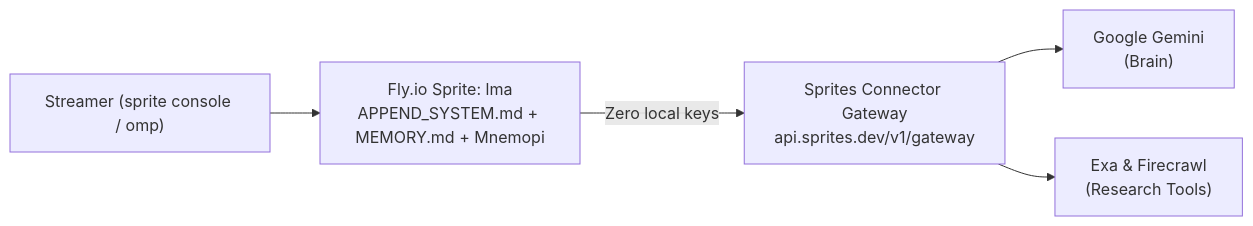
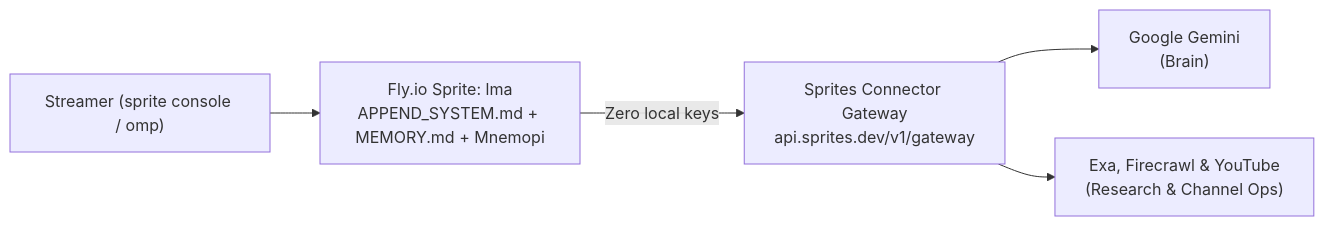
One commit to roffidaijoubu/otto changed the diagram in README.md. Above: the diagram before and after it, drawn with Mermaid. The commit also changed other lines of this file and 4 other files, not shown here.

Commit message:
feat: add Composio v3 YouTube connector extension, ffmpeg/yt-dlp setup, and setup docs

````diff
--- a/README.md
+++ b/README.md
@@ -51,7 +51,7 @@
 ```mermaid
 flowchart LR
     U["Streamer (sprite console / omp)"] --> S["Fly.io Sprite: lma<br/>APPEND_SYSTEM.md + MEMORY.md + Mnemopi"]
     S -->|"Zero local keys"| G["Sprites Connector Gateway<br/>api.sprites.dev/v1/gateway"]
     G --> M["Google Gemini<br/>(Brain)"]
-    G --> E["Exa & Firecrawl<br/>(Research Tools)"]
+    G --> E["Exa, Firecrawl &amp; YouTube<br/>(Research &amp; Channel Ops)"]
 ```
````
